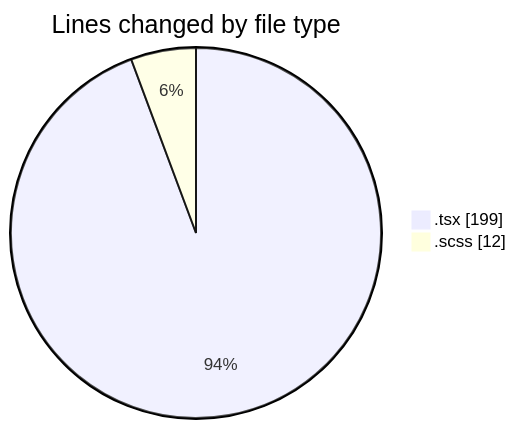
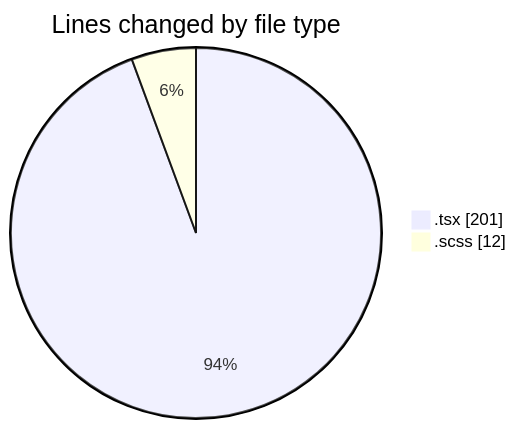
One commit to momahboobian/code-tracking changed the first of 2 diagrams in 2026-06-17/cda/README.md. Above: the diagram before and after it, drawn with Mermaid. The commit also changed other lines of this file and 1 other file, not shown here.

````diff
--- a/2026-06-17/cda/README.md
+++ b/2026-06-17/cda/README.md
@@ -23,6 +23,6 @@
 ```mermaid
 pie showData
 title Lines changed by file type
-".tsx" : 199
+".tsx" : 201
 ".scss" : 12
 ```
````
